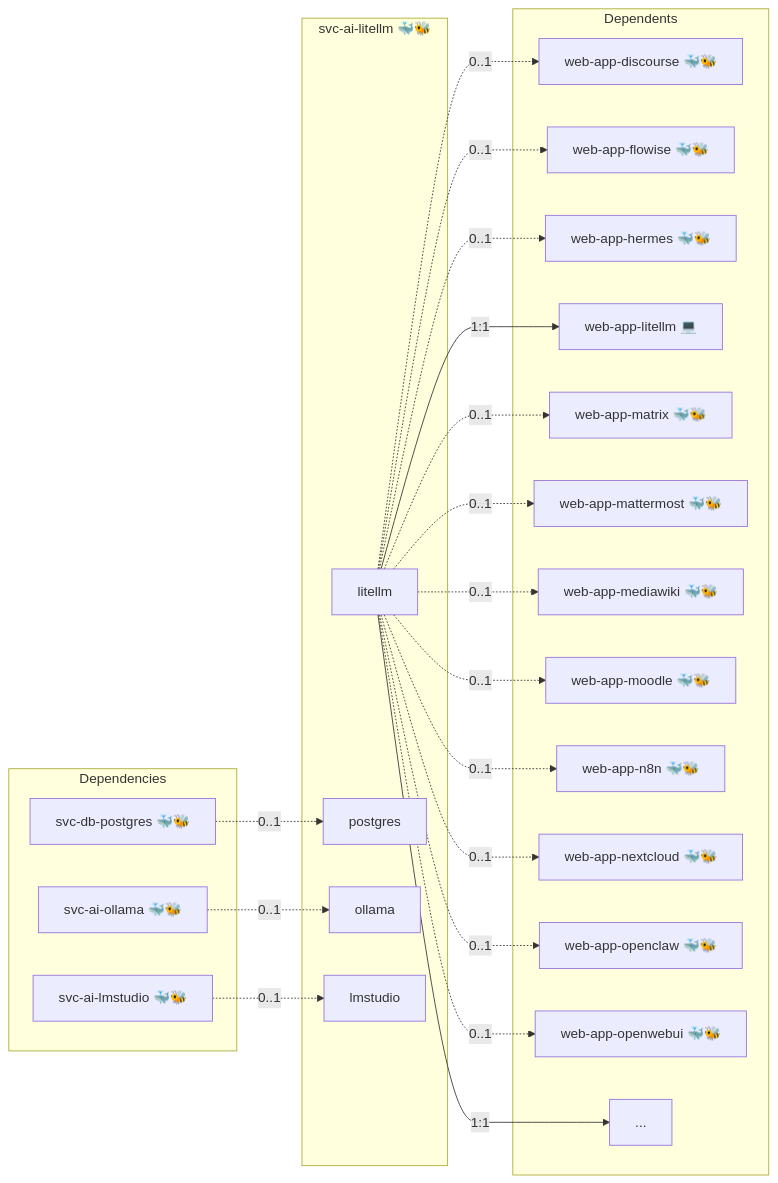
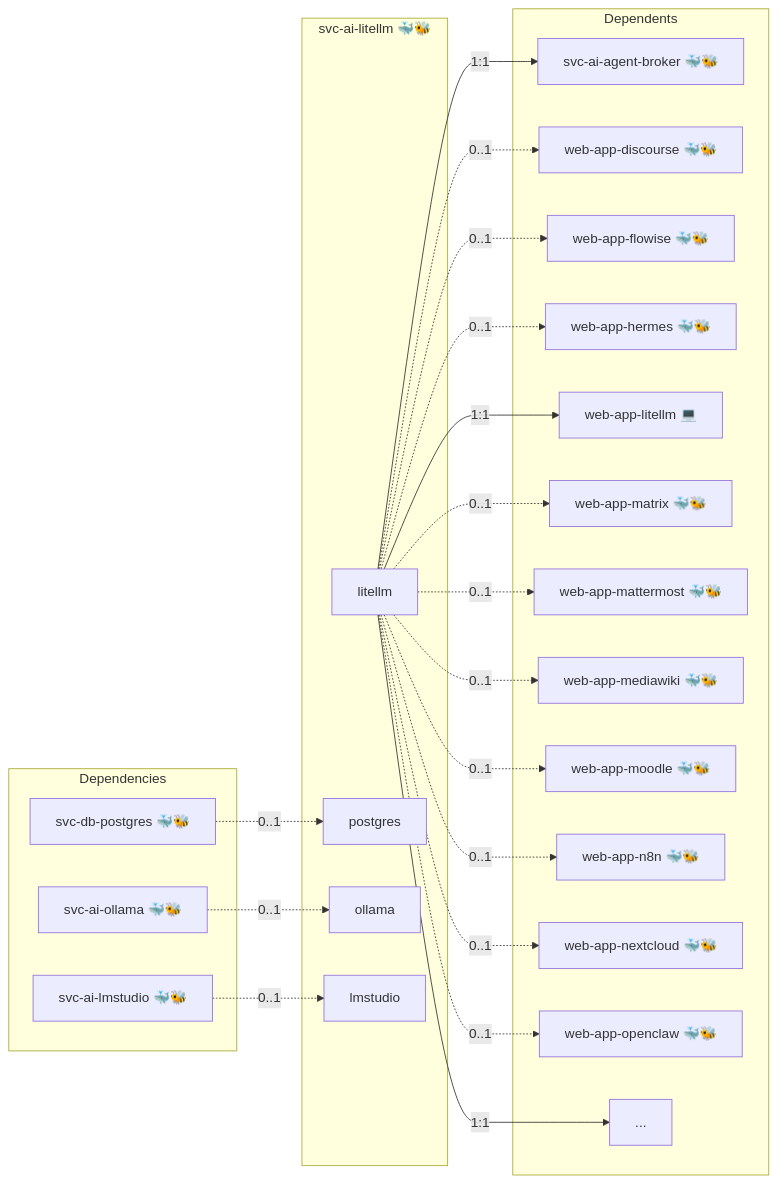
Before and after one commit to infinito-nexus/core: the diagram in roles/svc-ai-litellm/README.md, drawn with Mermaid. The commit also changed 32 other files, not shown here.

````diff
--- a/roles/svc-ai-litellm/README.md
+++ b/roles/svc-ai-litellm/README.md
@@ -15,45 +15,45 @@
 ```mermaid
 flowchart LR
     subgraph deps [Dependencies]
         dep_svc_ai_lmstudio["svc-ai-lmstudio 🐳🐝"]
         dep_svc_ai_ollama["svc-ai-ollama 🐳🐝"]
         dep_svc_db_postgres["svc-db-postgres 🐳🐝"]
     end
     subgraph role [svc-ai-litellm 🐳🐝]
         svc_litellm["litellm"]
         svc_postgres["postgres"]
         svc_ollama["ollama"]
         svc_lmstudio["lmstudio"]
     end
     subgraph dependents [Dependents]
+        dpt_svc_ai_agent_broker["svc-ai-agent-broker 🐳🐝"]
         dpt_web_app_discourse["web-app-discourse 🐳🐝"]
         dpt_web_app_flowise["web-app-flowise 🐳🐝"]
         dpt_web_app_hermes["web-app-hermes 🐳🐝"]
         dpt_web_app_litellm["web-app-litellm 💻"]
         dpt_web_app_matrix["web-app-matrix 🐳🐝"]
         dpt_web_app_mattermost["web-app-mattermost 🐳🐝"]
         dpt_web_app_mediawiki["web-app-mediawiki 🐳🐝"]
         dpt_web_app_moodle["web-app-moodle 🐳🐝"]
         dpt_web_app_n8n["web-app-n8n 🐳🐝"]
         dpt_web_app_nextcloud["web-app-nextcloud 🐳🐝"]
         dpt_web_app_openclaw["web-app-openclaw 🐳🐝"]
-        dpt_web_app_openwebui["web-app-openwebui 🐳🐝"]
         dpt_more["..."]
     end
     dep_svc_ai_lmstudio -. "0..1" .-> svc_lmstudio
     dep_svc_ai_ollama -. "0..1" .-> svc_ollama
     dep_svc_db_postgres -. "0..1" .-> svc_postgres
     svc_litellm -- "1:1" --> dpt_more
+    svc_litellm -- "1:1" --> dpt_svc_ai_agent_broker
     svc_litellm -. "0..1" .-> dpt_web_app_discourse
     svc_litellm -. "0..1" .-> dpt_web_app_flowise
     svc_litellm -. "0..1" .-> dpt_web_app_hermes
     svc_litellm -- "1:1" --> dpt_web_app_litellm
     svc_litellm -. "0..1" .-> dpt_web_app_matrix
     svc_litellm -. "0..1" .-> dpt_web_app_mattermost
     svc_litellm -. "0..1" .-> dpt_web_app_mediawiki
     svc_litellm -. "0..1" .-> dpt_web_app_moodle
     svc_litellm -. "0..1" .-> dpt_web_app_n8n
     svc_litellm -. "0..1" .-> dpt_web_app_nextcloud
     svc_litellm -. "0..1" .-> dpt_web_app_openclaw
-    svc_litellm -. "0..1" .-> dpt_web_app_openwebui
 ```
````
